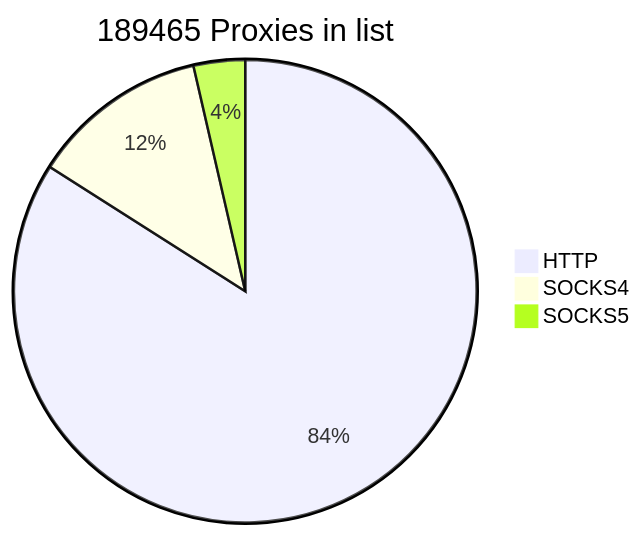
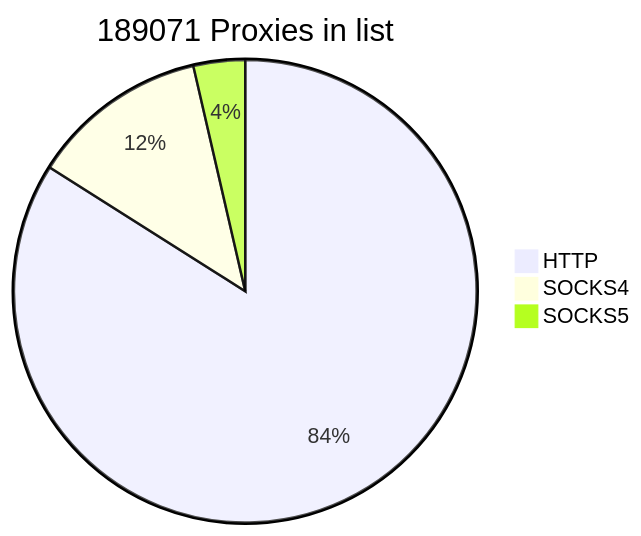
The first of 2 diagrams in README.md (cutipu/proxylist), drawn with Mermaid before and after one commit. The commit also changed other lines of this file, not shown here.

````diff
--- a/README.md
+++ b/README.md
@@ -2,7 +2,7 @@
 ```mermaid
-pie title 189465 Proxies in list
-    "HTTP" : 159182
-    "SOCKS4" : 23467
-    "SOCKS5" : 6816
+pie title 189071 Proxies in list
+    "HTTP" : 158785
+    "SOCKS4" : 23469
+    "SOCKS5" : 6817
             
 ```
````
